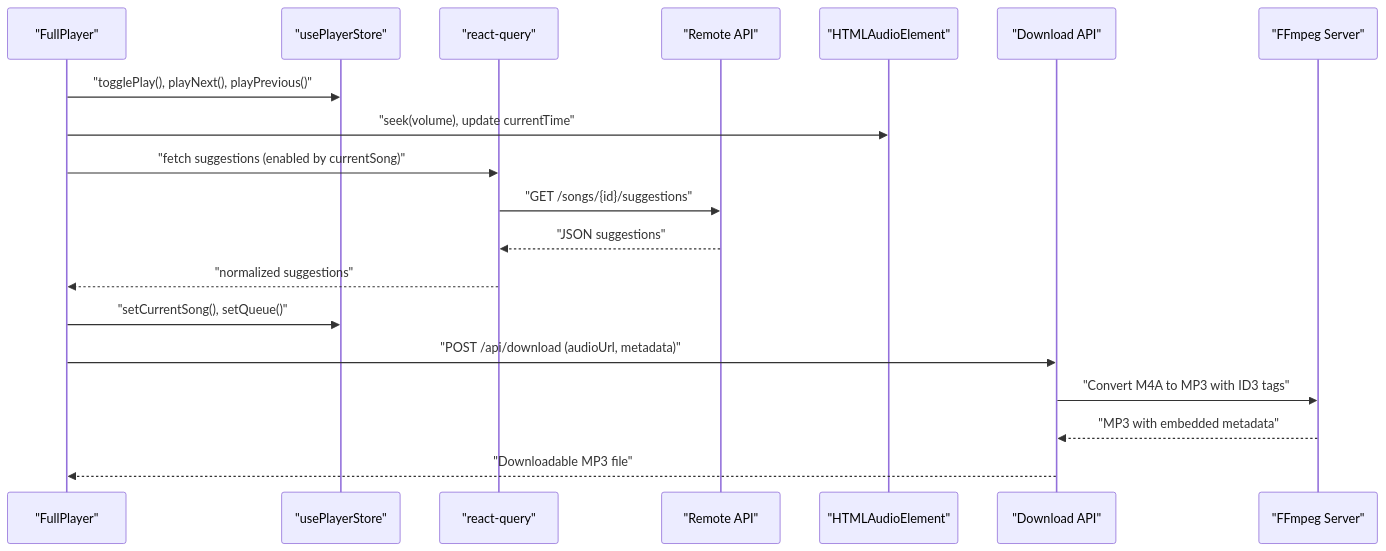
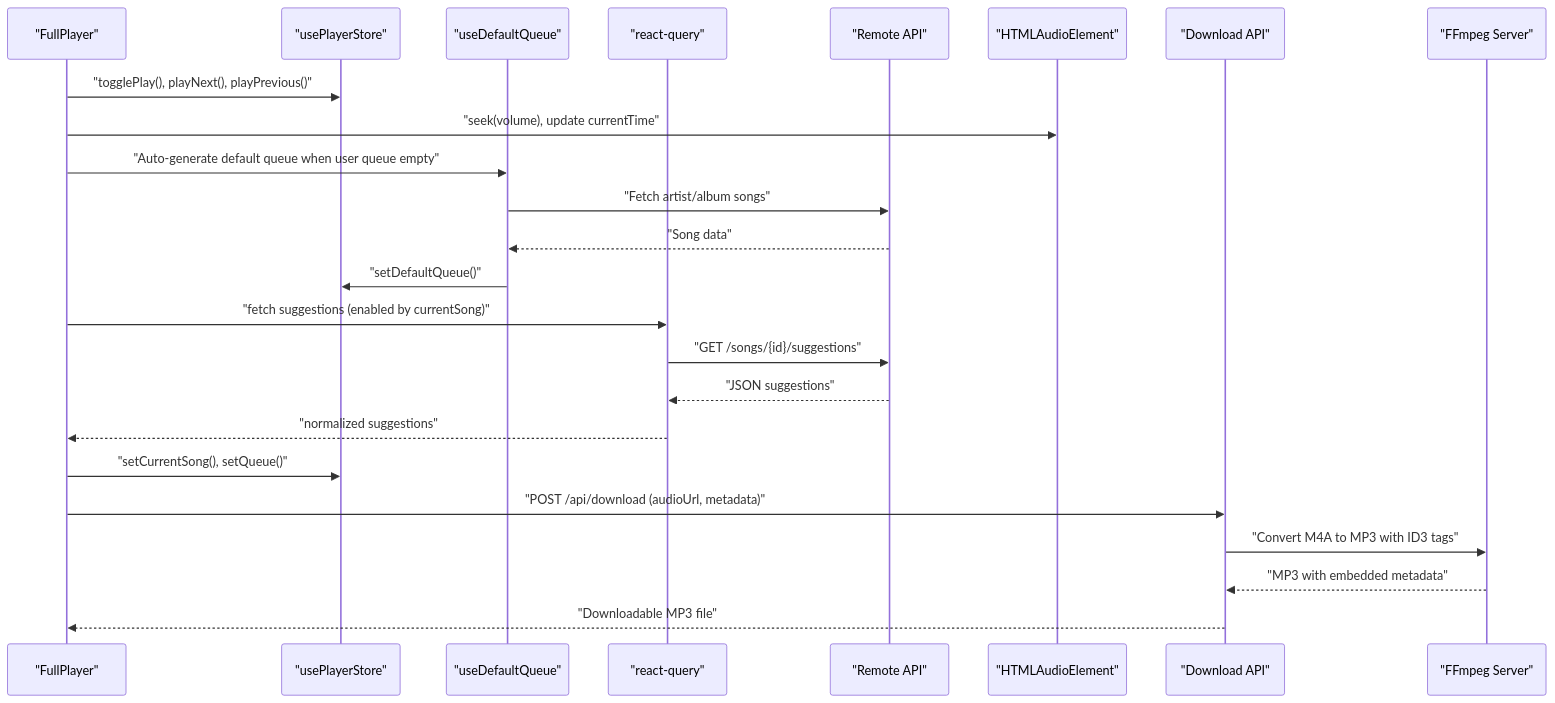
Before and after one commit to moindestiny/SonicStream: the fourth of 11 diagrams in .qoder/repowiki/en/content/Core Features/Audio Player.md, drawn with Mermaid. The commit also changed other lines of this file and 5 other files, not shown here.

````diff
--- a/.qoder/repowiki/en/content/Core Features/Audio Player.md
+++ b/.qoder/repowiki/en/content/Core Features/Audio Player.md
@@ -249,21 +275,26 @@
 ```mermaid
 sequenceDiagram
 participant UI as "FullPlayer"
 participant Store as "usePlayerStore"
+participant Hook as "useDefaultQueue"
 participant Query as "react-query"
 participant API as "Remote API"
 participant Audio as "HTMLAudioElement"
 participant DownloadAPI as "Download API"
 participant FFmpeg as "FFmpeg Server"
 UI->>Store : "togglePlay(), playNext(), playPrevious()"
 UI->>Audio : "seek(volume), update currentTime"
+UI->>Hook : "Auto-generate default queue when user queue empty"
+Hook->>API : "Fetch artist/album songs"
+API-->>Hook : "Song data"
+Hook->>Store : "setDefaultQueue()"
 UI->>Query : "fetch suggestions (enabled by currentSong)"
 Query->>API : "GET /songs/{id}/suggestions"
 API-->>Query : "JSON suggestions"
 Query-->>UI : "normalized suggestions"
 UI->>Store : "setCurrentSong(), setQueue()"
 UI->>DownloadAPI : "POST /api/download (audioUrl, metadata)"
 DownloadAPI->>FFmpeg : "Convert M4A to MP3 with ID3 tags"
 FFmpeg-->>DownloadAPI : "MP3 with embedded metadata"
 DownloadAPI-->>UI : "Downloadable MP3 file"
 ```
````
